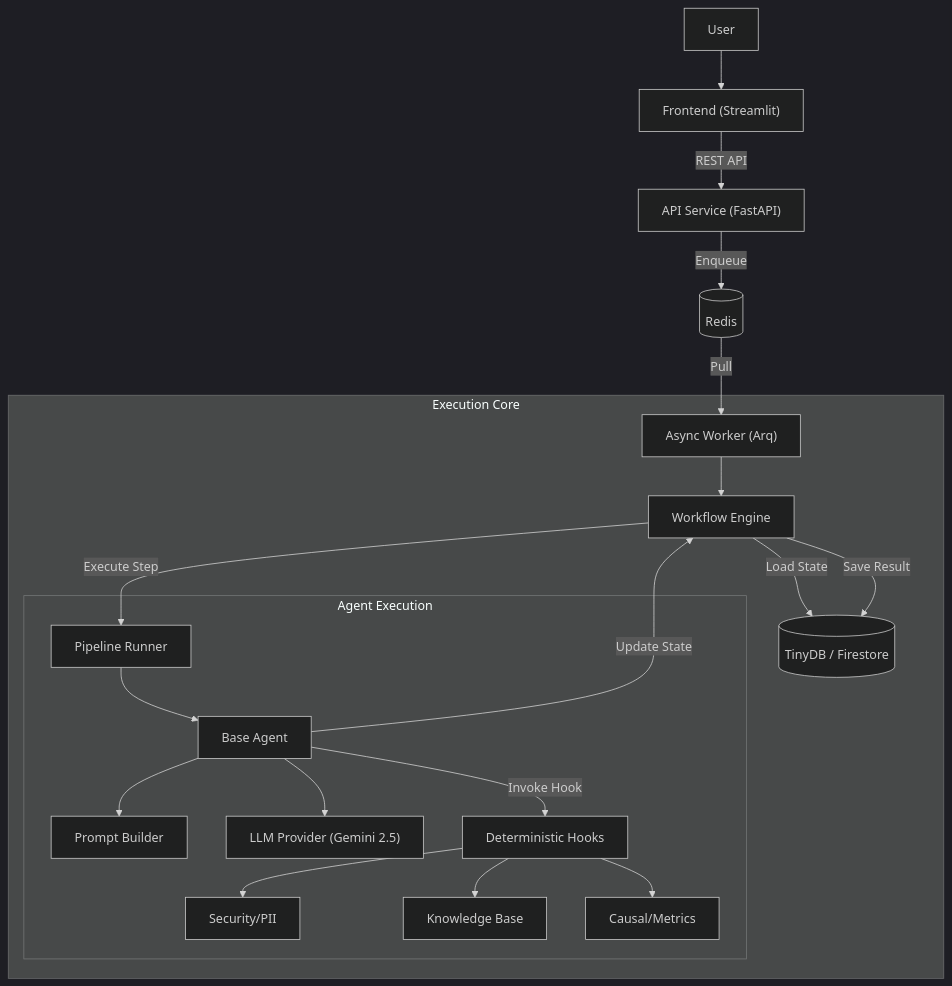
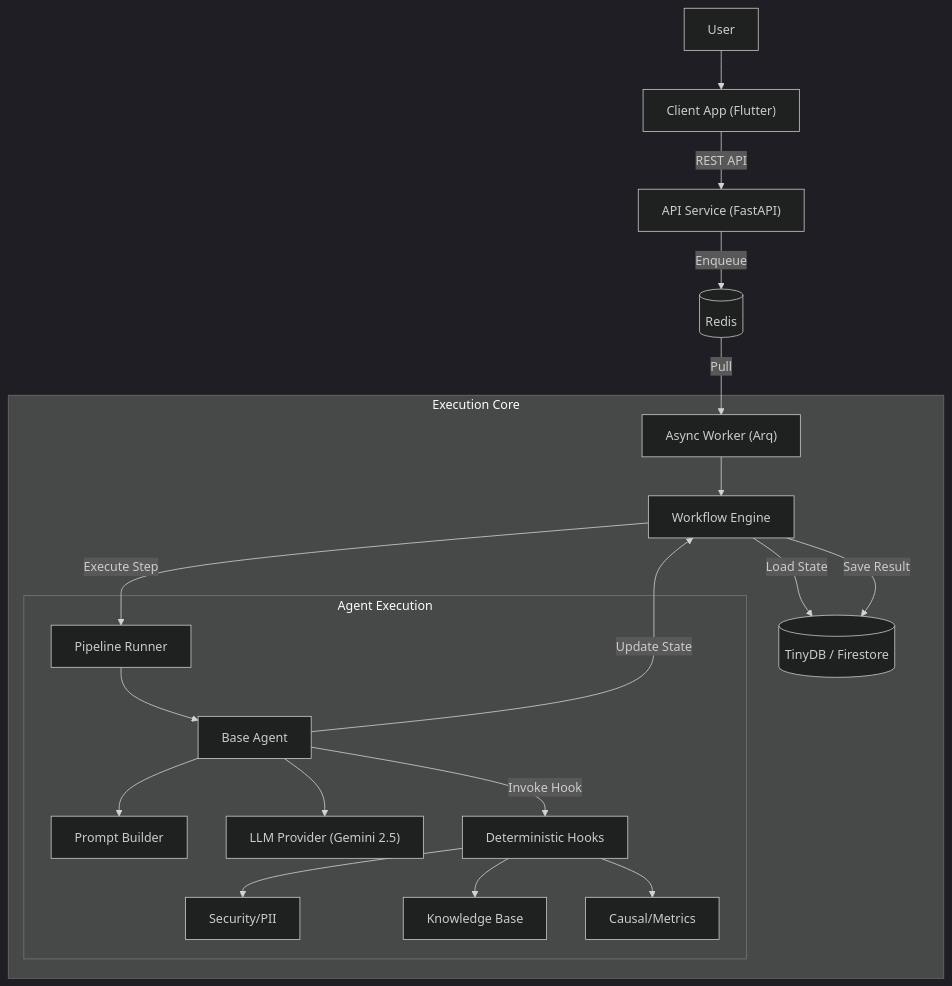
The diagram in docs/architecture_analysis.md (launis/quorum), drawn with Mermaid (dark theme) before and after one commit. The commit also changed other lines of this file and 64 other files, not shown here.

````diff
--- a/docs/architecture_analysis.md
+++ b/docs/architecture_analysis.md
@@ -99,29 +100,29 @@
 ```mermaid
 graph TD
-    User["User"] --> FE["Frontend (Streamlit)"]
+    User["User"] --> Client["Client App (Flutter)"]
     
-    FE -- REST API --> API["API Service (FastAPI)"]
+    Client -- REST API --> API["API Service (FastAPI)"]
     API -- Enqueue --> Redis[(Redis)]
     Redis -- Pull --> Worker["Async Worker (Arq)"]
     
     subgraph "Execution Core"
         Worker --> Engine["Workflow Engine"]
         Engine -- "Load State" --> DB[("TinyDB / Firestore")]
         Engine -- "Execute Step" --> Runner["Pipeline Runner"]
         
         subgraph "Agent Execution"
             Runner --> Agent["Base Agent"]
             Agent --> Prompt["Prompt Builder"]
             Agent --> LLM["LLM Provider (Gemini 2.5)"]
             
             Agent -- "Invoke Hook" --> Hooks["Deterministic Hooks"]
             Hooks --> PII["Security/PII"]
             Hooks --> RAG["Knowledge Base"]
             Hooks --> Stats["Causal/Metrics"]
         end
         
         Agent -- "Update State" --> Engine
     end
     
     Engine -- "Save Result" --> DB
 ```
````
